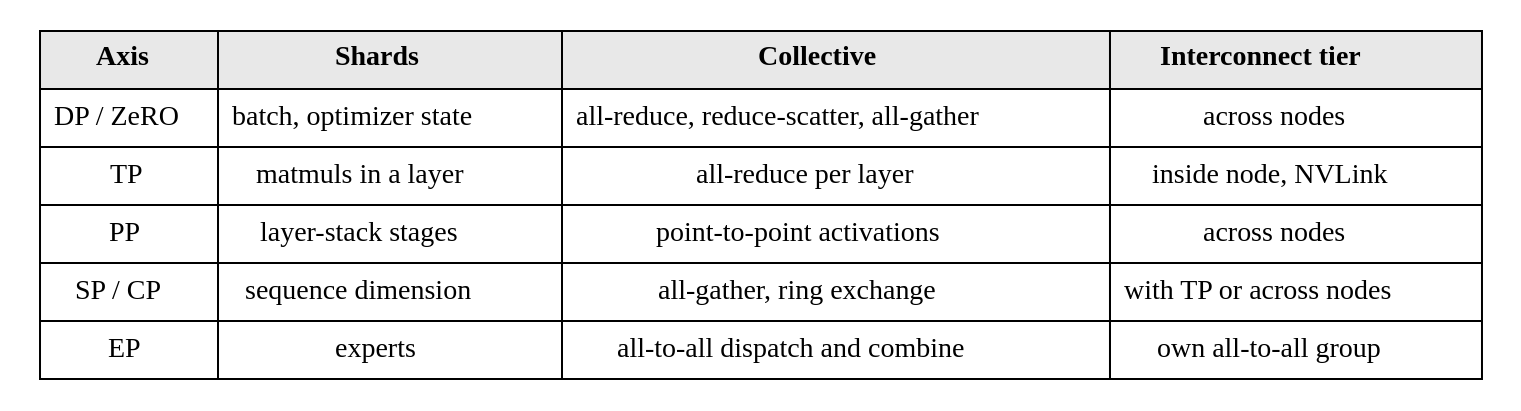
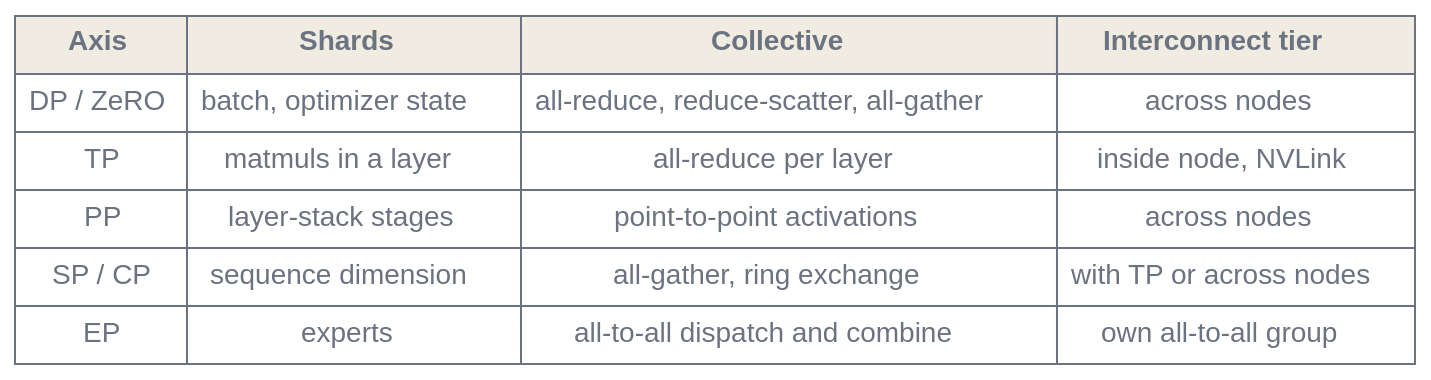
The second of 4 diagrams in en/p1-foundations/08-training-at-scale.qmd (latere-ai/ai-as-an-infrastructure), drawn with Graphviz before and after one commit. The commit also changed other lines of this file and 186 other files, not shown here.

First line of the commit message:
book: visual audit pass on all diagrams and figures

````diff
--- a/en/p1-foundations/08-training-at-scale.qmd
+++ b/en/p1-foundations/08-training-at-scale.qmd
@@ -110,18 +111,19 @@
 ```{dot}
 //| label: fig-training-axes
 //| fig-cap: "The four parallelism axes plus expert parallelism, each by what it shards, the collective it runs, and the interconnect tier it can afford."
 digraph axes {
+  bgcolor="transparent";
   rankdir=LR;
-  node [shape=plaintext];
+  node [shape=plaintext, fontname="Helvetica", fontcolor="#6b7280"];
   t [label=<
-    <table border="0" cellborder="1" cellspacing="0" cellpadding="6">
-      <tr><td bgcolor="#e8e8e8"><b>Axis</b></td><td bgcolor="#e8e8e8"><b>Shards</b></td><td bgcolor="#e8e8e8"><b>Collective</b></td><td bgcolor="#e8e8e8"><b>Interconnect tier</b></td></tr>
+    <table border="0" cellborder="1" cellspacing="0" cellpadding="6" color="#6b7280">
+      <tr><td bgcolor="#f1ece1"><b>Axis</b></td><td bgcolor="#f1ece1"><b>Shards</b></td><td bgcolor="#f1ece1"><b>Collective</b></td><td bgcolor="#f1ece1"><b>Interconnect tier</b></td></tr>
       <tr><td>DP / ZeRO</td><td>batch, optimizer state</td><td>all-reduce, reduce-scatter, all-gather</td><td>across nodes</td></tr>
       <tr><td>TP</td><td>matmuls in a layer</td><td>all-reduce per layer</td><td>inside node, NVLink</td></tr>
       <tr><td>PP</td><td>layer-stack stages</td><td>point-to-point activations</td><td>across nodes</td></tr>
       <tr><td>SP / CP</td><td>sequence dimension</td><td>all-gather, ring exchange</td><td>with TP or across nodes</td></tr>
       <tr><td>EP</td><td>experts</td><td>all-to-all dispatch and combine</td><td>own all-to-all group</td></tr>
     </table>
   >];
 }
 ```
````
